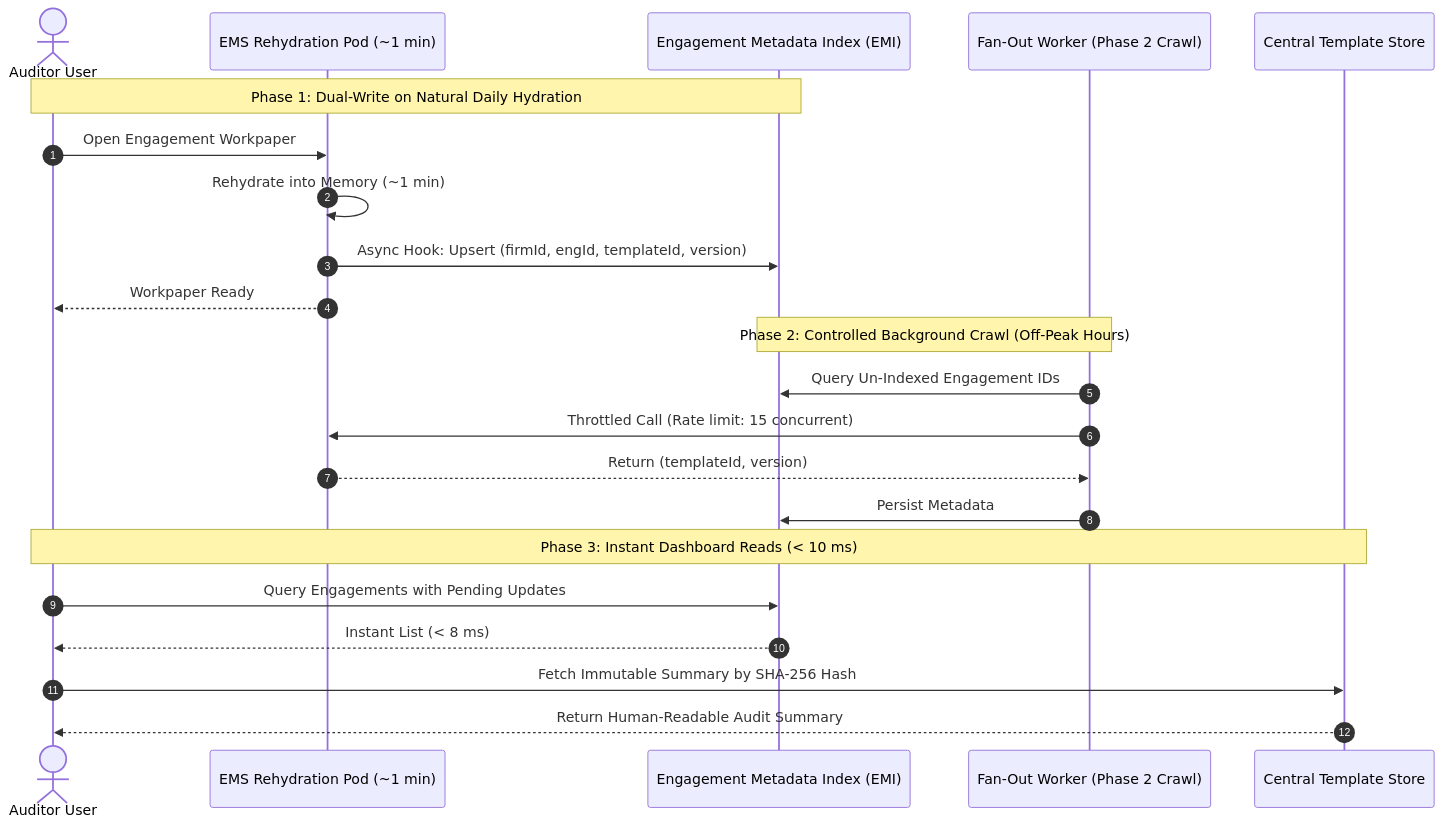
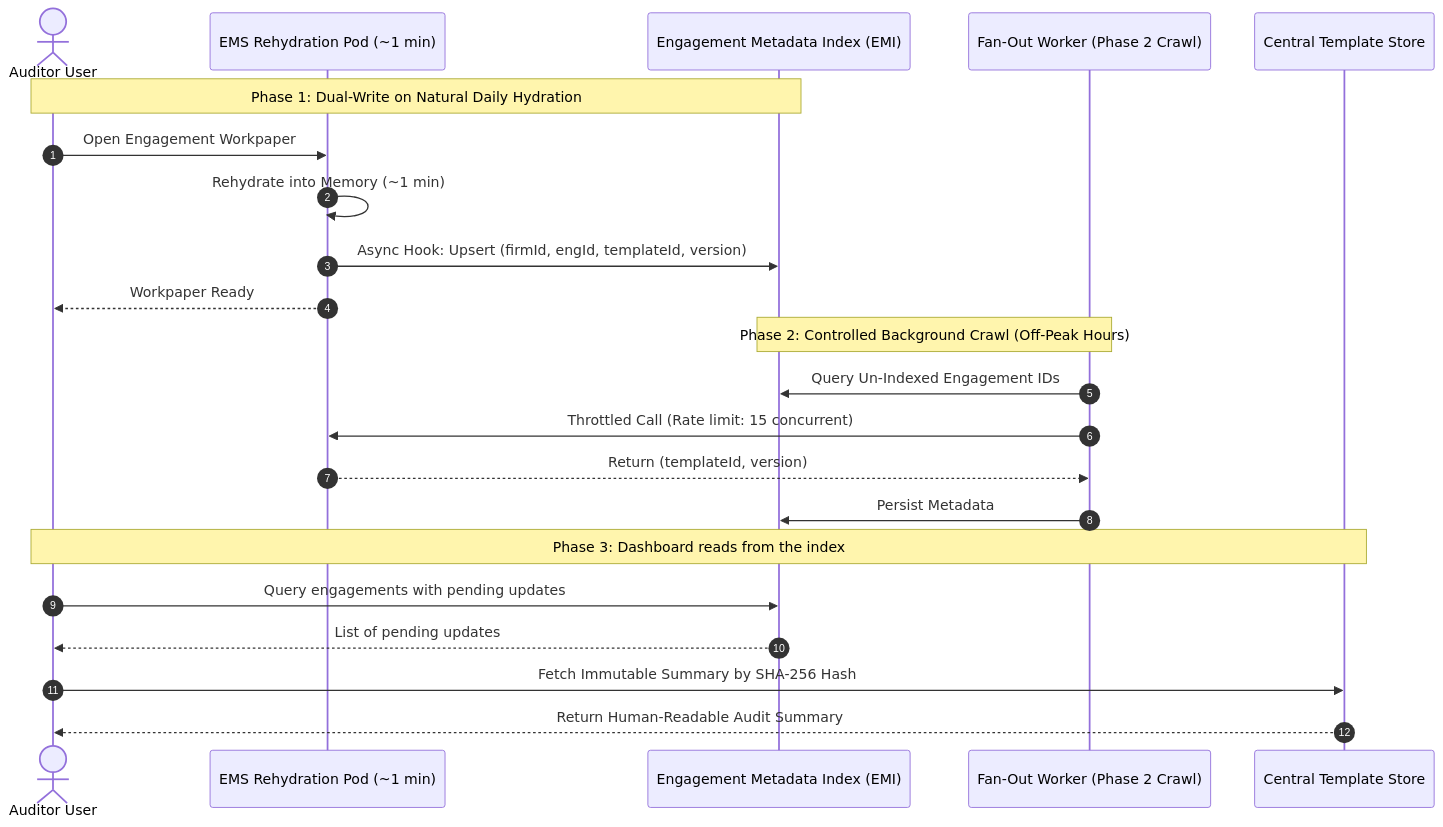
The fourth of 5 diagrams in design/DIAGRAMS.md (felipebuitrago75/ArchitectureDesignExercise), drawn with Mermaid before and after one commit. The commit also changed other lines of this file and 1 other file, not shown here.

Commit message:
docs(architecture): simplify design document and align diagram labels

````diff
--- a/design/DIAGRAMS.md
+++ b/design/DIAGRAMS.md
@@ -107,27 +107,27 @@
 ```mermaid
 sequenceDiagram
     autonumber
     actor Auditor as Auditor User
     participant Pod as EMS Rehydration Pod (~1 min)
     participant EMI as Engagement Metadata Index (EMI)
     participant Worker as Fan-Out Worker (Phase 2 Crawl)
     participant Central as Central Template Store
 
     Note over Auditor,EMI: Phase 1: Dual-Write on Natural Daily Hydration
     Auditor->>Pod: Open Engagement Workpaper
     Pod->>Pod: Rehydrate into Memory (~1 min)
     Pod->>EMI: Async Hook: Upsert (firmId, engId, templateId, version)
     Pod-->>Auditor: Workpaper Ready
 
     Note over Worker,EMI: Phase 2: Controlled Background Crawl (Off-Peak Hours)
     Worker->>EMI: Query Un-Indexed Engagement IDs
     Worker->>Pod: Throttled Call (Rate limit: 15 concurrent)
     Pod-->>Worker: Return (templateId, version)
     Worker->>EMI: Persist Metadata
 
-    Note over Auditor,Central: Phase 3: Instant Dashboard Reads (< 10 ms)
-    Auditor->>EMI: Query Engagements with Pending Updates
-    EMI-->>Auditor: Instant List (< 8 ms)
+    Note over Auditor,Central: Phase 3: Dashboard reads from the index
+    Auditor->>EMI: Query engagements with pending updates
+    EMI-->>Auditor: List of pending updates
     Auditor->>Central: Fetch Immutable Summary by SHA-256 Hash
     Central-->>Auditor: Return Human-Readable Audit Summary
 ```
````
